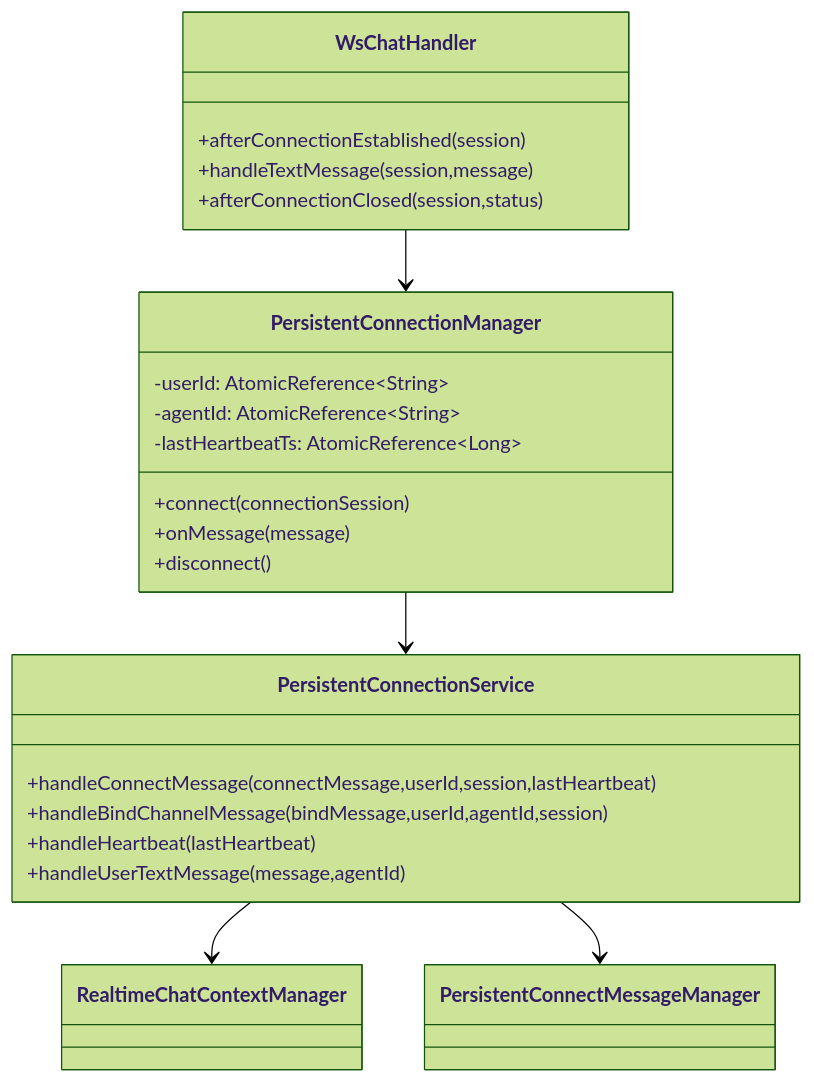
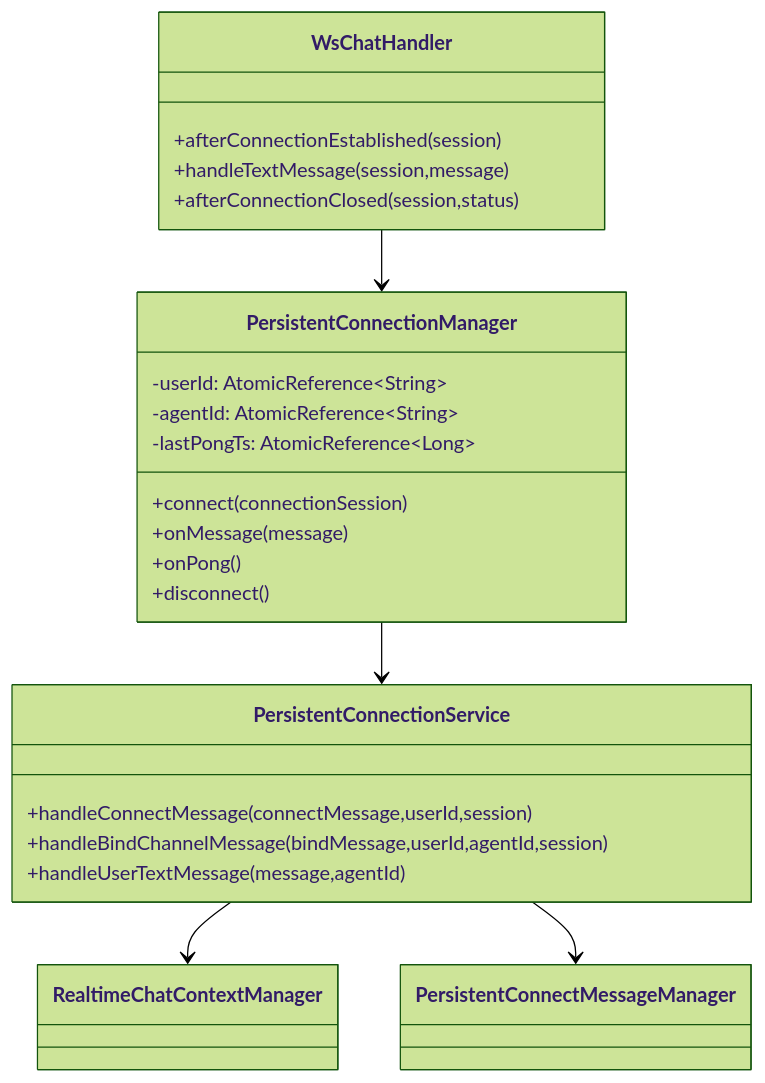
Diagram 13 of 21 in springboot/docs/SpringBootDesignDocument.md (nangong918/magic-vector), drawn with Mermaid (forest theme) before and after one commit. The commit also changed other lines of this file and 13 other files, not shown here.

Commit message:
cursor: 实现RealTimeChatController设计图绘制

````diff
--- a/springboot/docs/SpringBootDesignDocument.md
+++ b/springboot/docs/SpringBootDesignDocument.md
@@ -291,29 +291,29 @@
 ```mermaid
 classDiagram
     class WsChatHandler {
       +afterConnectionEstablished(session)
       +handleTextMessage(session,message)
       +afterConnectionClosed(session,status)
     }
     class PersistentConnectionManager {
       -userId: AtomicReference~String~
       -agentId: AtomicReference~String~
-      -lastHeartbeatTs: AtomicReference~Long~
+      -lastPongTs: AtomicReference~Long~
       +connect(connectionSession)
       +onMessage(message)
+      +onPong()
       +disconnect()
     }
     class PersistentConnectionService {
-      +handleConnectMessage(connectMessage,userId,session,lastHeartbeat)
+      +handleConnectMessage(connectMessage,userId,session)
       +handleBindChannelMessage(bindMessage,userId,agentId,session)
-      +handleHeartbeat(lastHeartbeat)
       +handleUserTextMessage(message,agentId)
     }
     class RealtimeChatContextManager
     class PersistentConnectMessageManager
 
     WsChatHandler --> PersistentConnectionManager
     PersistentConnectionManager --> PersistentConnectionService
     PersistentConnectionService --> RealtimeChatContextManager
     PersistentConnectionService --> PersistentConnectMessageManager
 ```
````
